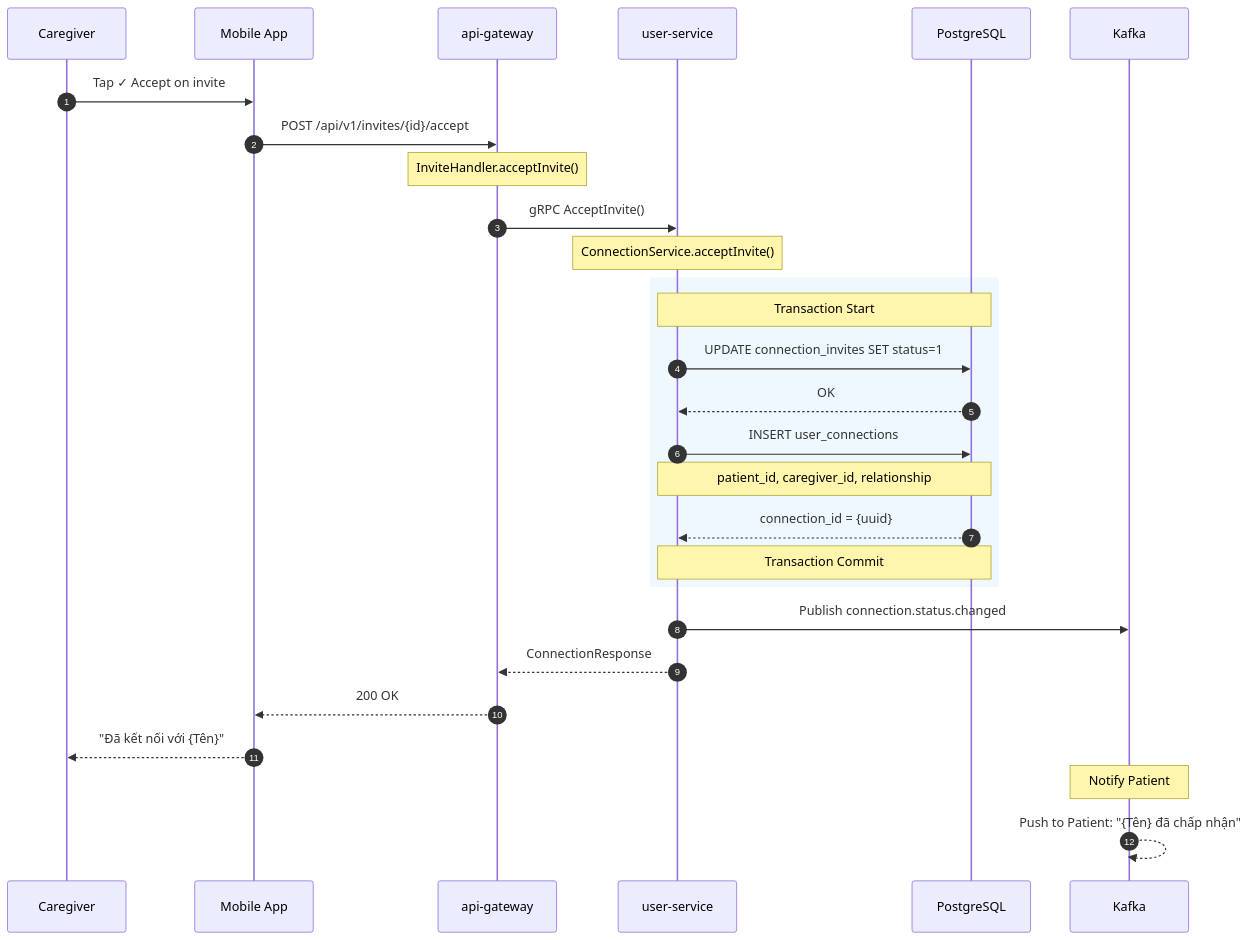
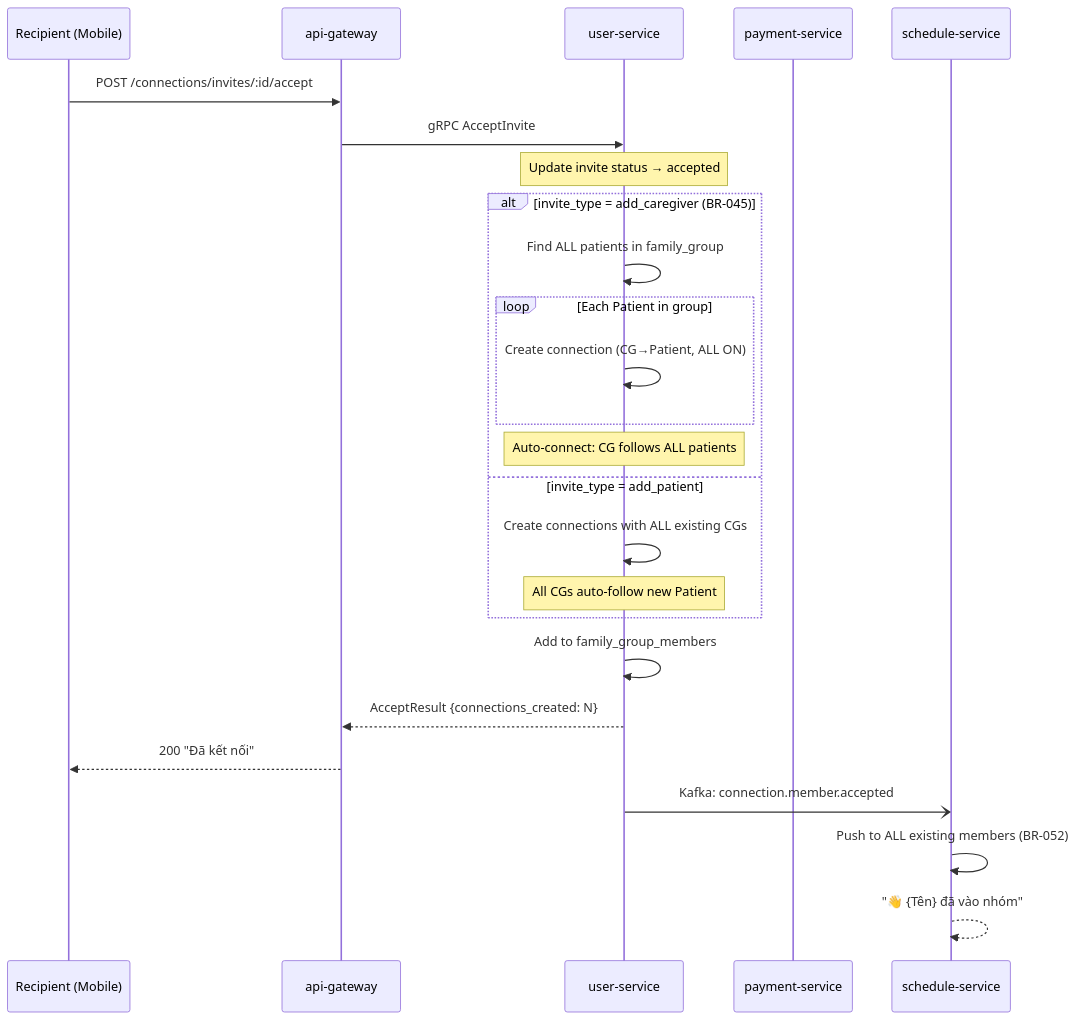
The second of 12 diagrams in nguoi_than/features/ket_noi_nguoi_than/02_planning/sequence-diagram.md (huynv-osp/kolia-huynv-local), drawn with Mermaid before and after one commit. The commit also changed other lines of this file and 30 other files, not shown here.

Commit message:
refactor: :recycle:  update tài liệu kết nối người thân

````diff
--- a/nguoi_than/features/ket_noi_nguoi_than/02_planning/sequence-diagram.md
+++ b/nguoi_than/features/ket_noi_nguoi_than/02_planning/sequence-diagram.md
@@ -70,39 +66,32 @@
 ```mermaid
 sequenceDiagram
-    autonumber
-    participant CG as Caregiver
-    participant App as Mobile App
+    participant User as Recipient (Mobile)
     participant GW as api-gateway
     participant US as user-service
-    participant DB as PostgreSQL
-    participant Kafka as Kafka
+    participant PS as payment-service
+    participant SS as schedule-service
 
-    CG->>App: Tap ✓ Accept on invite
-    App->>GW: POST /api/v1/invites/{id}/accept
-    Note over GW: InviteHandler.acceptInvite()
-    
-    GW->>US: gRPC AcceptInvite()
-    Note over US: ConnectionService.acceptInvite()
-    
-    rect rgb(240, 248, 255)
-        Note over US,DB: Transaction Start
-        
-        US->>DB: UPDATE connection_invites SET status=1
-        DB-->>US: OK
-        
-        US->>DB: INSERT user_connections
-        Note over US,DB: patient_id, caregiver_id, relationship
-        DB-->>US: connection_id = {uuid}
-                
-        Note over US,DB: Transaction Commit
+    User->>GW: POST /connections/invites/:id/accept
+    GW->>US: gRPC AcceptInvite
+
+    Note over US: Update invite status → accepted
+
+    alt invite_type = add_caregiver (BR-045)
+        US->>US: Find ALL patients in family_group
+        loop Each Patient in group
+            US->>US: Create connection (CG→Patient, ALL ON)
+        end
+        Note over US: Auto-connect: CG follows ALL patients
+    else invite_type = add_patient
+        US->>US: Create connections with ALL existing CGs
+        Note over US: All CGs auto-follow new Patient
     end
-    
-    US->>Kafka: Publish connection.status.changed
-    
-    US-->>GW: ConnectionResponse
-    GW-->>App: 200 OK
-    App-->>CG: "Đã kết nối với {Tên}"
-    
-    Note over Kafka: Notify Patient
-    Kafka-->>Kafka: Push to Patient: "{Tên} đã chấp nhận"
+
+    US->>US: Add to family_group_members
+    US-->>GW: AcceptResult {connections_created: N}
+    GW-->>User: 200 "Đã kết nối"
+
+    US-)SS: Kafka: connection.member.accepted
+    SS->>SS: Push to ALL existing members (BR-052)
+    SS-->>SS: "👋 {Tên} đã vào nhóm"
 ```
````
